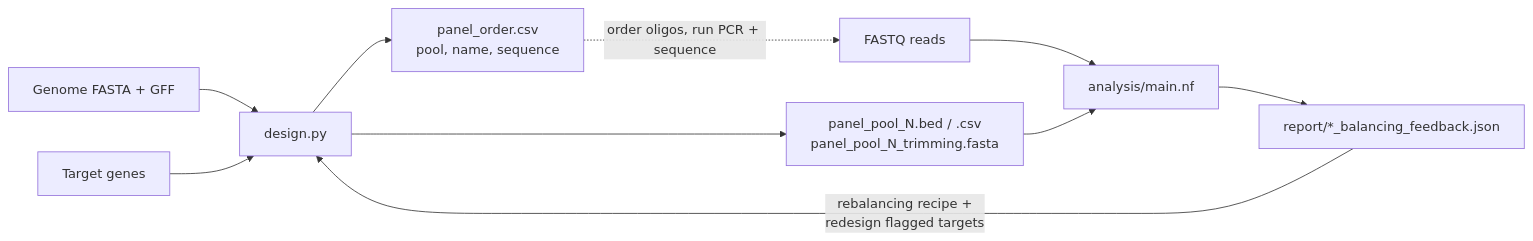
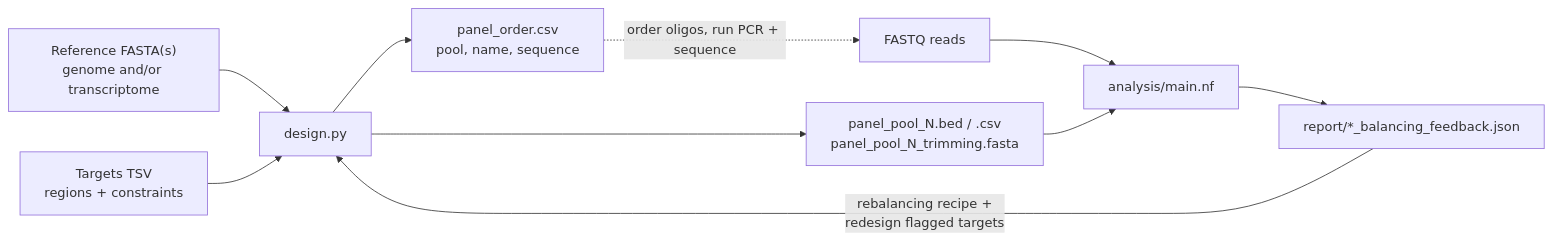
The first of 9 diagrams in README.md (AHumanBrain/my_amplicon_project), drawn with Mermaid before and after one commit. The commit also changed other lines of this file and 9 other files, not shown here.

````diff
--- a/README.md
+++ b/README.md
@@ -11,10 +13,10 @@
 ```mermaid
 flowchart LR
-    G["Genome FASTA + GFF"] & T["Target genes"] --> D["design.py"]
+    G["Reference FASTA(s)<br/>genome and/or transcriptome"] & T["Targets TSV<br/>regions + constraints"] --> D["design.py"]
     D --> O["panel_order.csv<br/>pool, name, sequence"]
     D --> B["panel_pool_N.bed / .csv<br/>panel_pool_N_trimming.fasta"]
     O -. "order oligos, run PCR + sequence" .-> R["FASTQ reads"]
     R & B --> N["analysis/main.nf"]
     N --> F["report/*_balancing_feedback.json"]
     F -- "rebalancing recipe +<br/>redesign flagged targets" --> D
 ```
````
